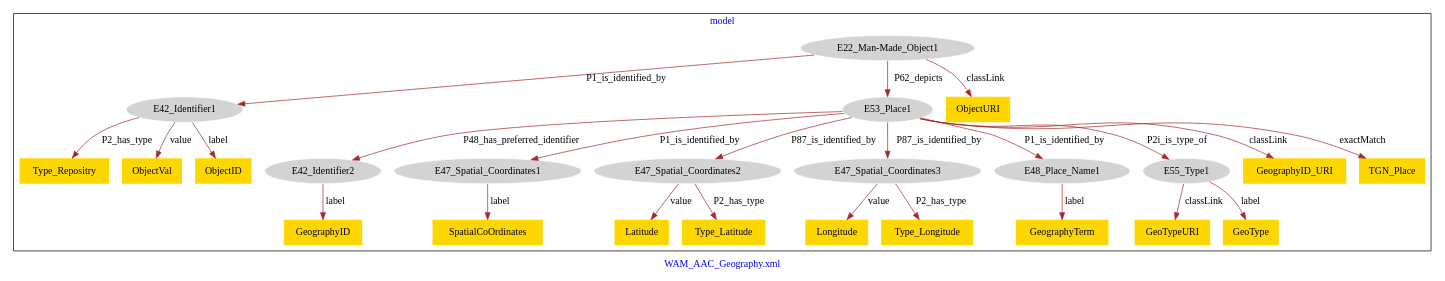
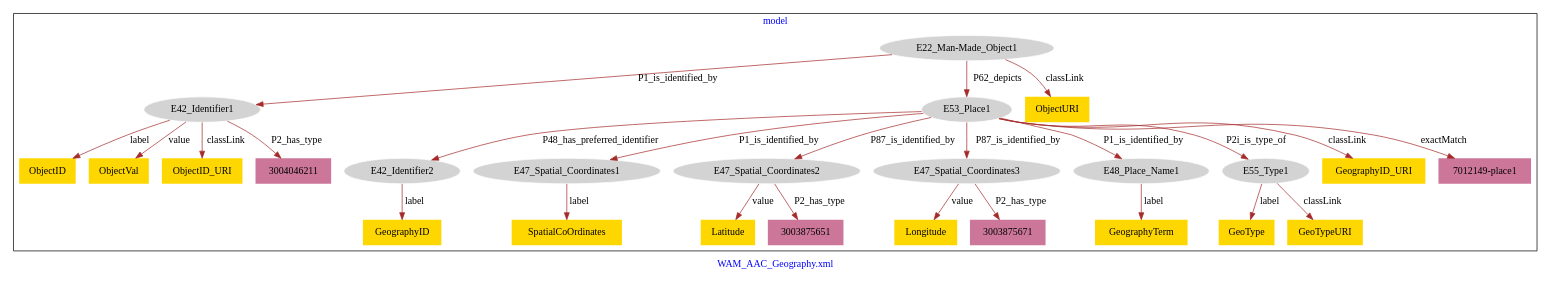
Before and after one commit to american-art/wam: the diagram in WAM_AAC_Geography/WAM_AAC_Geography_PlaceDepicted-model.dot, drawn with Graphviz. The commit also changed 12 other files, not shown here.

```diff
--- a/WAM_AAC_Geography/WAM_AAC_Geography_PlaceDepicted-model.dot
+++ b/WAM_AAC_Geography/WAM_AAC_Geography_PlaceDepicted-model.dot
@@ -1,55 +1,57 @@
 digraph n0 {
 fontcolor="blue"
 remincross="true"
 label="WAM_AAC_Geography.xml"
 subgraph cluster {
 label="model"
 n2[style="filled",color="white",fillcolor="lightgray",label="E22_Man-Made_Object1"];
 n3[style="filled",color="white",fillcolor="lightgray",label="E42_Identifier1"];
 n4[style="filled",color="white",fillcolor="lightgray",label="E53_Place1"];
 n5[style="filled",color="white",fillcolor="lightgray",label="E42_Identifier2"];
 n6[style="filled",color="white",fillcolor="lightgray",label="E47_Spatial_Coordinates1"];
 n7[style="filled",color="white",fillcolor="lightgray",label="E47_Spatial_Coordinates2"];
 n8[style="filled",color="white",fillcolor="lightgray",label="E47_Spatial_Coordinates3"];
 n9[style="filled",color="white",fillcolor="lightgray",label="E48_Place_Name1"];
 n10[style="filled",color="white",fillcolor="lightgray",label="E55_Type1"];
-n11[shape="plaintext",style="filled",fillcolor="gold",label="Type_Repositry"];
-n12[shape="plaintext",style="filled",fillcolor="gold",label="GeographyTerm"];
-n13[shape="plaintext",style="filled",fillcolor="gold",label="Longitude"];
-n14[shape="plaintext",style="filled",fillcolor="gold",label="GeographyID"];
-n15[shape="plaintext",style="filled",fillcolor="gold",label="Latitude"];
-n16[shape="plaintext",style="filled",fillcolor="gold",label="Type_Longitude"];
-n17[shape="plaintext",style="filled",fillcolor="gold",label="Type_Latitude"];
-n18[shape="plaintext",style="filled",fillcolor="gold",label="GeoTypeURI"];
-n19[shape="plaintext",style="filled",fillcolor="gold",label="GeographyID_URI"];
-n20[shape="plaintext",style="filled",fillcolor="gold",label="SpatialCoOrdinates"];
-n21[shape="plaintext",style="filled",fillcolor="gold",label="TGN_Place"];
-n22[shape="plaintext",style="filled",fillcolor="gold",label="ObjectURI"];
-n23[shape="plaintext",style="filled",fillcolor="gold",label="ObjectVal"];
-n24[shape="plaintext",style="filled",fillcolor="gold",label="ObjectID"];
-n25[shape="plaintext",style="filled",fillcolor="gold",label="GeoType"];
+n11[shape="plaintext",style="filled",fillcolor="gold",label="GeoType"];
+n12[shape="plaintext",style="filled",fillcolor="gold",label="GeographyID_URI"];
+n13[shape="plaintext",style="filled",fillcolor="gold",label="ObjectID"];
+n14[shape="plaintext",style="filled",fillcolor="gold",label="GeographyTerm"];
+n15[shape="plaintext",style="filled",fillcolor="gold",label="GeographyID"];
+n16[shape="plaintext",style="filled",fillcolor="gold",label="Longitude"];
+n17[shape="plaintext",style="filled",fillcolor="gold",label="GeoTypeURI"];
+n18[shape="plaintext",style="filled",fillcolor="gold",label="SpatialCoOrdinates"];
+n19[shape="plaintext",style="filled",fillcolor="gold",label="Latitude"];
+n20[shape="plaintext",style="filled",fillcolor="gold",label="ObjectURI"];
+n21[shape="plaintext",style="filled",fillcolor="gold",label="ObjectVal"];
+n22[shape="plaintext",style="filled",fillcolor="gold",label="ObjectID_URI"];
+n23[shape="plaintext",style="filled",fillcolor="#CC7799",label="7012149-place1"];
+n24[shape="plaintext",style="filled",fillcolor="#CC7799",label="3004046211"];
+n25[shape="plaintext",style="filled",fillcolor="#CC7799",label="3003875651"];
+n26[shape="plaintext",style="filled",fillcolor="#CC7799",label="3003875671"];
 }
 n2 -> n3[color="brown",fontcolor="black",label="P1_is_identified_by"]
 n2 -> n4[color="brown",fontcolor="black",label="P62_depicts"]
 n4 -> n5[color="brown",fontcolor="black",label="P48_has_preferred_identifier"]
 n4 -> n6[color="brown",fontcolor="black",label="P1_is_identified_by"]
 n4 -> n7[color="brown",fontcolor="black",label="P87_is_identified_by"]
 n4 -> n8[color="brown",fontcolor="black",label="P87_is_identified_by"]
 n4 -> n9[color="brown",fontcolor="black",label="P1_is_identified_by"]
 n4 -> n10[color="brown",fontcolor="black",label="P2i_is_type_of"]
-n3 -> n11[color="brown",fontcolor="black",label="P2_has_type"]
-n9 -> n12[color="brown",fontcolor="black",label="label"]
-n8 -> n13[color="brown",fontcolor="black",label="value"]
-n5 -> n14[color="brown",fontcolor="black",label="label"]
-n7 -> n15[color="brown",fontcolor="black",label="value"]
-n8 -> n16[color="brown",fontcolor="black",label="P2_has_type"]
-n7 -> n17[color="brown",fontcolor="black",label="P2_has_type"]
-n10 -> n18[color="brown",fontcolor="black",label="classLink"]
-n4 -> n19[color="brown",fontcolor="black",label="classLink"]
-n6 -> n20[color="brown",fontcolor="black",label="label"]
-n4 -> n21[color="brown",fontcolor="black",label="exactMatch"]
-n2 -> n22[color="brown",fontcolor="black",label="classLink"]
-n3 -> n23[color="brown",fontcolor="black",label="value"]
-n3 -> n24[color="brown",fontcolor="black",label="label"]
-n10 -> n25[color="brown",fontcolor="black",label="label"]
+n10 -> n11[color="brown",fontcolor="black",label="label"]
+n4 -> n12[color="brown",fontcolor="black",label="classLink"]
+n3 -> n13[color="brown",fontcolor="black",label="label"]
+n9 -> n14[color="brown",fontcolor="black",label="label"]
+n5 -> n15[color="brown",fontcolor="black",label="label"]
+n8 -> n16[color="brown",fontcolor="black",label="value"]
+n10 -> n17[color="brown",fontcolor="black",label="classLink"]
+n6 -> n18[color="brown",fontcolor="black",label="label"]
+n7 -> n19[color="brown",fontcolor="black",label="value"]
+n2 -> n20[color="brown",fontcolor="black",label="classLink"]
+n3 -> n21[color="brown",fontcolor="black",label="value"]
+n3 -> n22[color="brown",fontcolor="black",label="classLink"]
+n4 -> n23[color="brown",fontcolor="black",label="exactMatch"]
+n3 -> n24[color="brown",fontcolor="black",label="P2_has_type"]
+n7 -> n25[color="brown",fontcolor="black",label="P2_has_type"]
+n8 -> n26[color="brown",fontcolor="black",label="P2_has_type"]
 }
```
